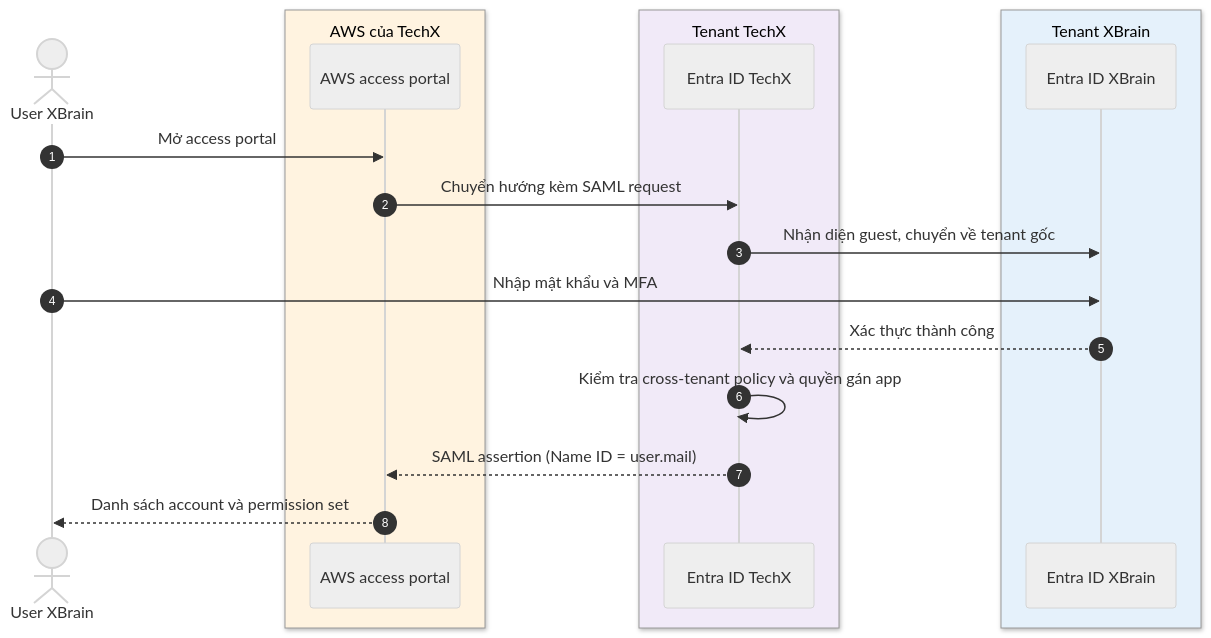
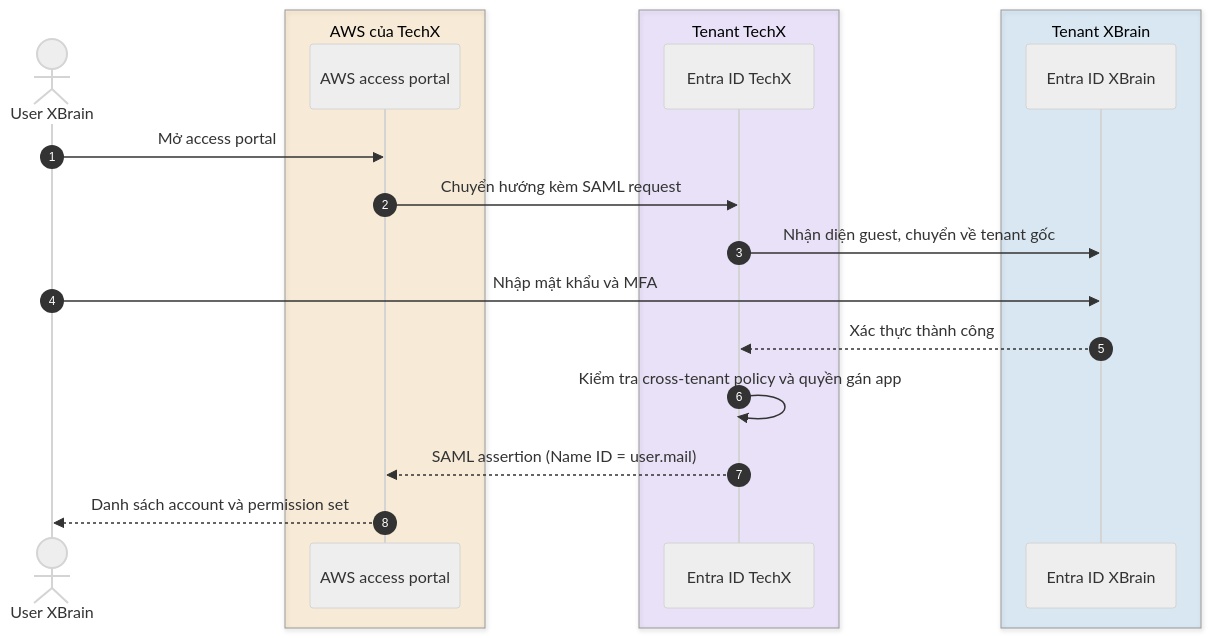
Before and after one commit to thidinh-xbrain2/techx-devops-docs: the diagram in docs/01-cross-tenant-access.md, drawn with Mermaid. The commit also changed other lines of this file, not shown here.

Commit message:
docs(cross-tenant): fix sequence diagram contrast in dark theme, remove pending evidence section

````diff
--- a/docs/01-cross-tenant-access.md
+++ b/docs/01-cross-tenant-access.md
@@ -28,23 +28,23 @@
 ```mermaid
 %%{init: {"theme": "neutral", "themeVariables": {"fontFamily": "Arial, Helvetica, sans-serif", "fontSize": "14px"}}}%%
 sequenceDiagram
   autonumber
   actor U as User XBrain
-  box rgb(255,243,224) AWS của TechX
+  box rgba(255,153,0,0.12) AWS của TechX
     participant AWS as AWS access portal
   end
-  box rgb(241,234,248) Tenant TechX
+  box rgba(140,79,255,0.12) Tenant TechX
     participant T as Entra ID TechX
   end
-  box rgb(229,241,251) Tenant XBrain
+  box rgba(0,120,212,0.12) Tenant XBrain
     participant X as Entra ID XBrain
   end
   U->>AWS: Mở access portal
   AWS->>T: Chuyển hướng kèm SAML request
   T->>X: Nhận diện guest, chuyển về tenant gốc
   U->>X: Nhập mật khẩu và MFA
   X-->>T: Xác thực thành công
   T->>T: Kiểm tra cross-tenant policy và quyền gán app
   T-->>AWS: SAML assertion (Name ID = user.mail)
   AWS-->>U: Danh sách account và permission set
 ```
````
